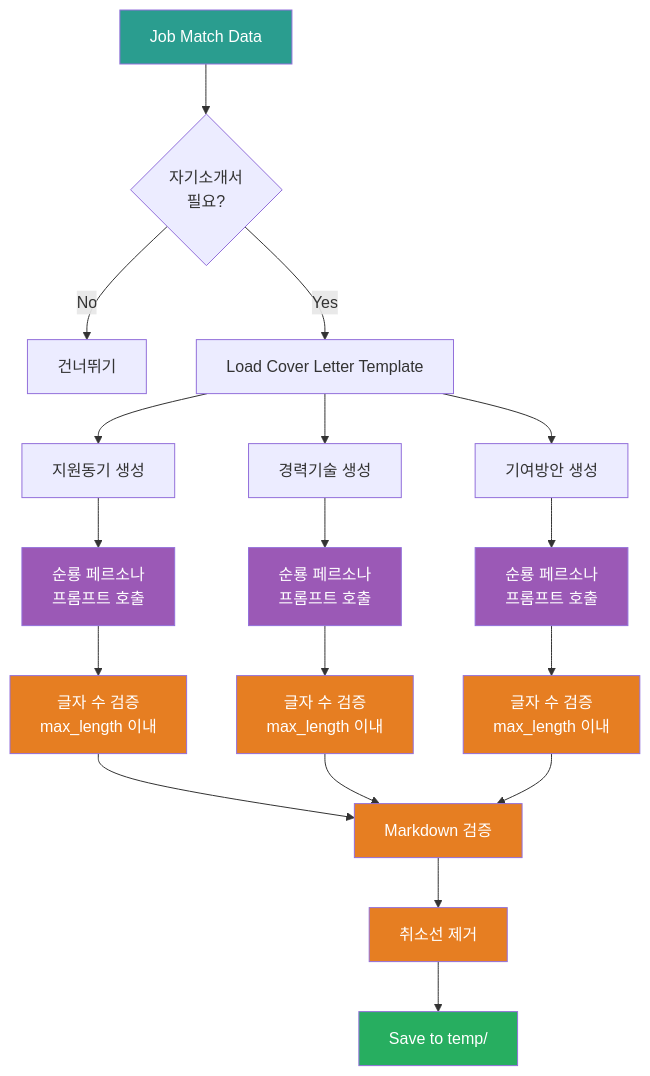
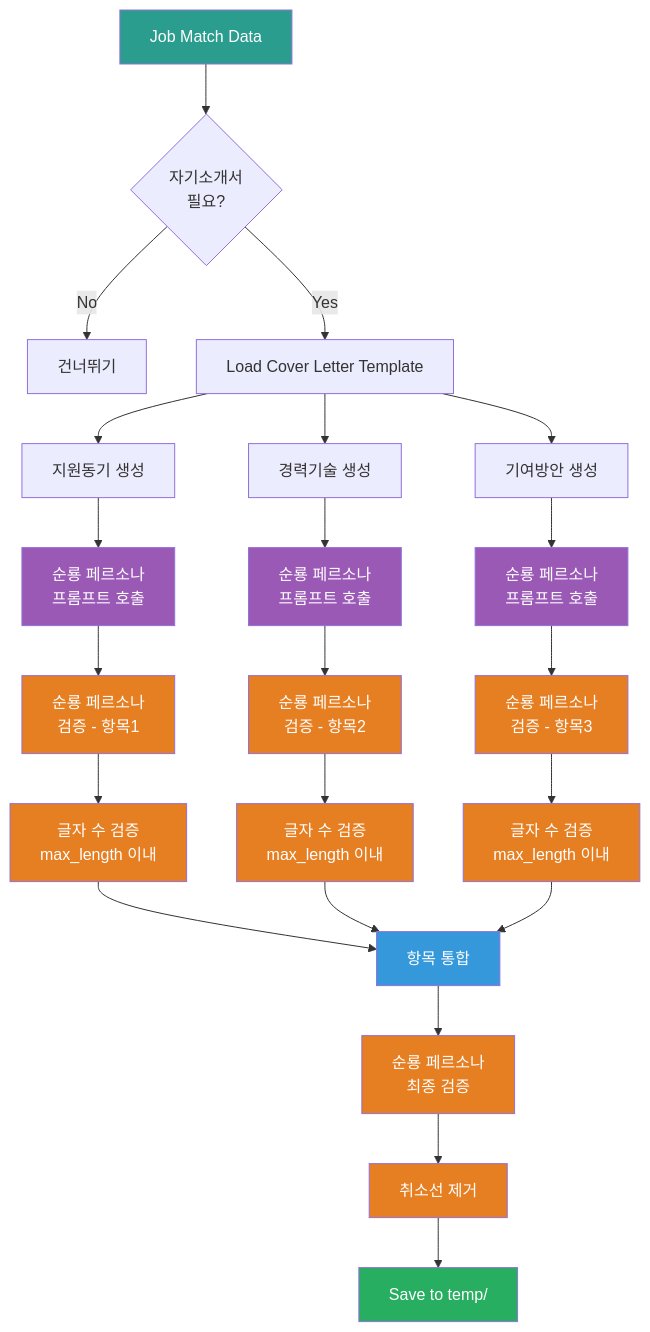
Before and after one commit to moobaek/Testing_AI_agents_for_public_use: the diagram in portfolio/portfolio_docs/resume_generator/prompts/5_Generate_Cover_Letter.md, drawn with Mermaid. The commit also changed other lines of this file and 38 other files, not shown here.

````diff
--- a/portfolio/portfolio_docs/resume_generator/prompts/5_Generate_Cover_Letter.md
+++ b/portfolio/portfolio_docs/resume_generator/prompts/5_Generate_Cover_Letter.md
@@ -13,36 +13,45 @@
 ```mermaid
 graph TD
     START[Job Match Data] --> CHECK{자기소개서<br/>필요?}
     CHECK -->|No| SKIP[건너뛰기]
     CHECK -->|Yes| TEMPLATE[Load Cover Letter Template]
     
     TEMPLATE --> SECTION1[지원동기 생성]
     TEMPLATE --> SECTION2[경력기술 생성]
     TEMPLATE --> SECTION3[기여방안 생성]
     
     SECTION1 --> SOONRYONG1[순룡 페르소나<br/>프롬프트 호출]
     SECTION2 --> SOONRYONG2[순룡 페르소나<br/>프롬프트 호출]
     SECTION3 --> SOONRYONG3[순룡 페르소나<br/>프롬프트 호출]
     
-    SOONRYONG1 --> LENGTH1[글자 수 검증<br/>max_length 이내]
-    SOONRYONG2 --> LENGTH2[글자 수 검증<br/>max_length 이내]
-    SOONRYONG3 --> LENGTH3[글자 수 검증<br/>max_length 이내]
+    SOONRYONG1 --> VALIDATE1[순룡 페르소나<br/>검증 - 항목1]
+    SOONRYONG2 --> VALIDATE2[순룡 페르소나<br/>검증 - 항목2]
+    SOONRYONG3 --> VALIDATE3[순룡 페르소나<br/>검증 - 항목3]
     
-    LENGTH1 --> VALIDATE[Markdown 검증]
-    LENGTH2 --> VALIDATE
-    LENGTH3 --> VALIDATE
+    VALIDATE1 --> LENGTH1[글자 수 검증<br/>max_length 이내]
+    VALIDATE2 --> LENGTH2[글자 수 검증<br/>max_length 이내]
+    VALIDATE3 --> LENGTH3[글자 수 검증<br/>max_length 이내]
     
-    VALIDATE --> CLEANUP[취소선 제거]
+    LENGTH1 --> INTEGRATE[항목 통합]
+    LENGTH2 --> INTEGRATE
+    LENGTH3 --> INTEGRATE
+    
+    INTEGRATE --> FINAL_VALIDATE[순룡 페르소나<br/>최종 검증]
+    FINAL_VALIDATE --> CLEANUP[취소선 제거]
     CLEANUP --> END[Save to temp/]
     
     style START fill:#2a9d8f,color:#fff
     style SOONRYONG1 fill:#9b59b6,color:#fff
     style SOONRYONG2 fill:#9b59b6,color:#fff
     style SOONRYONG3 fill:#9b59b6,color:#fff
+    style VALIDATE1 fill:#e67e22,color:#fff
+    style VALIDATE2 fill:#e67e22,color:#fff
+    style VALIDATE3 fill:#e67e22,color:#fff
     style LENGTH1 fill:#e67e22,color:#fff
     style LENGTH2 fill:#e67e22,color:#fff
     style LENGTH3 fill:#e67e22,color:#fff
-    style VALIDATE fill:#e67e22,color:#fff
+    style INTEGRATE fill:#3498db,color:#fff
+    style FINAL_VALIDATE fill:#e67e22,color:#fff
     style CLEANUP fill:#e67e22,color:#fff
     style END fill:#27ae60,color:#fff
 ```
````
